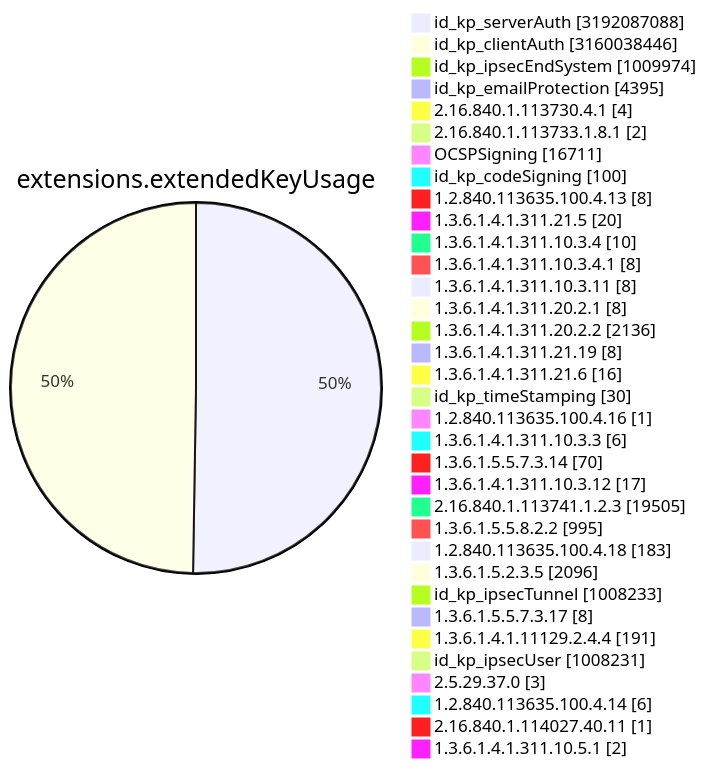
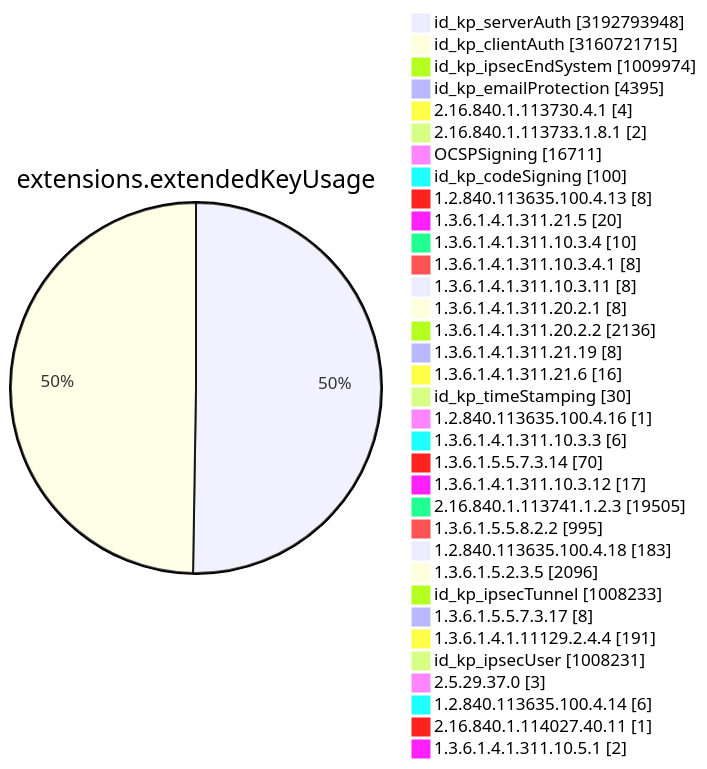
One commit to christiankrug/ctmonitor_visualization changed diagram 11 of 15 in TOTAL/README.md. Above: the diagram before and after it, drawn with Mermaid. The commit also changed other lines of this file, not shown here.

````diff
--- a/TOTAL/README.md
+++ b/TOTAL/README.md
@@ -4119,38 +4119,38 @@
 ```mermaid
 pie showData
 title extensions.extendedKeyUsage
-"id_kp_serverAuth" :3192087088
-"id_kp_clientAuth" :3160038446
+"id_kp_serverAuth" :3192793948
+"id_kp_clientAuth" :3160721715
 "id_kp_ipsecEndSystem" :1009974
 "id_kp_emailProtection" :4395
 "2.16.840.1.113730.4.1" :4
 "2.16.840.1.113733.1.8.1" :2
 "OCSPSigning" :16711
 "id_kp_codeSigning" :100
 "1.2.840.113635.100.4.13" :8
 "1.3.6.1.4.1.311.21.5" :20
 "1.3.6.1.4.1.311.10.3.4" :10
 "1.3.6.1.4.1.311.10.3.4.1" :8
 "1.3.6.1.4.1.311.10.3.11" :8
 "1.3.6.1.4.1.311.20.2.1" :8
 "1.3.6.1.4.1.311.20.2.2" :2136
 "1.3.6.1.4.1.311.21.19" :8
 "1.3.6.1.4.1.311.21.6" :16
 "id_kp_timeStamping" :30
 "1.2.840.113635.100.4.16" :1
 "1.3.6.1.4.1.311.10.3.3" :6
 "1.3.6.1.5.5.7.3.14" :70
 "1.3.6.1.4.1.311.10.3.12" :17
 "2.16.840.1.113741.1.2.3" :19505
 "1.3.6.1.5.5.8.2.2" :995
 "1.2.840.113635.100.4.18" :183
 "1.3.6.1.5.2.3.5" :2096
 "id_kp_ipsecTunnel" :1008233
 "1.3.6.1.5.5.7.3.17" :8
 "1.3.6.1.4.1.11129.2.4.4" :191
 "id_kp_ipsecUser" :1008231
 "2.5.29.37.0" :3
 "1.2.840.113635.100.4.14" :6
 "2.16.840.1.114027.40.11" :1
 "1.3.6.1.4.1.311.10.5.1" :2
 ```
````
